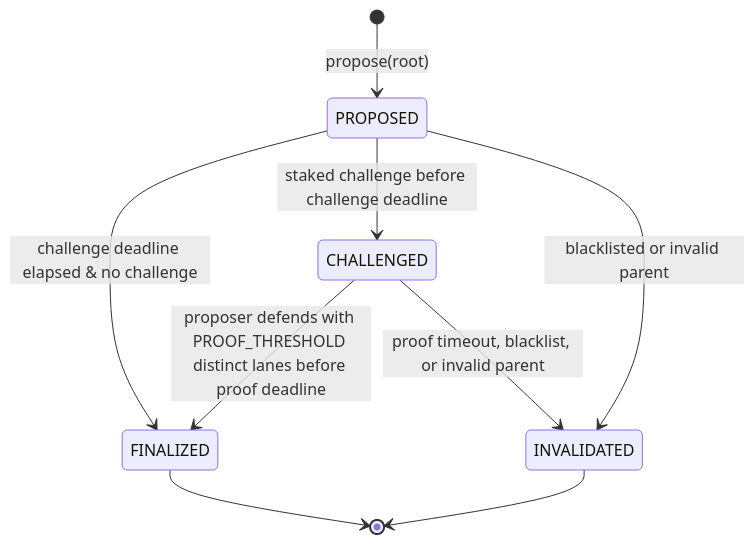
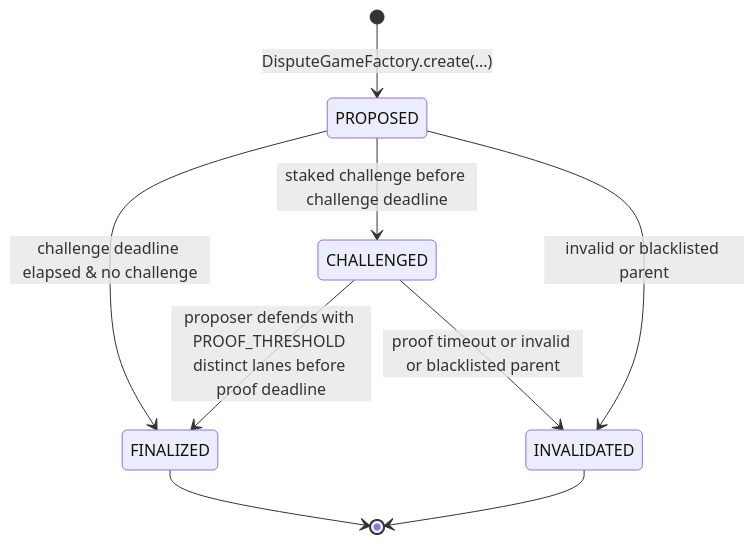
The diagram in wips/wip-1006.md (worldcoin/world-chain), drawn with Mermaid before and after one commit. The commit also changed other lines of this file and 41 other files, not shown here.

````diff
--- a/wips/wip-1006.md
+++ b/wips/wip-1006.md
@@ -133,11 +147,11 @@
 ```mermaid
 stateDiagram-v2
-    [*] --> PROPOSED: propose(root)
+    [*] --> PROPOSED: DisputeGameFactory.create(...)
     PROPOSED --> FINALIZED: challenge deadline elapsed & no challenge
     PROPOSED --> CHALLENGED: staked challenge before challenge deadline
-    PROPOSED --> INVALIDATED: blacklisted or invalid parent
+    PROPOSED --> INVALIDATED: invalid or blacklisted parent
     CHALLENGED --> FINALIZED: proposer defends with PROOF_THRESHOLD distinct lanes before proof deadline
-    CHALLENGED --> INVALIDATED: proof timeout, blacklist, or invalid parent
+    CHALLENGED --> INVALIDATED: proof timeout or invalid or blacklisted parent
     FINALIZED --> [*]
     INVALIDATED --> [*]
 ```
````
